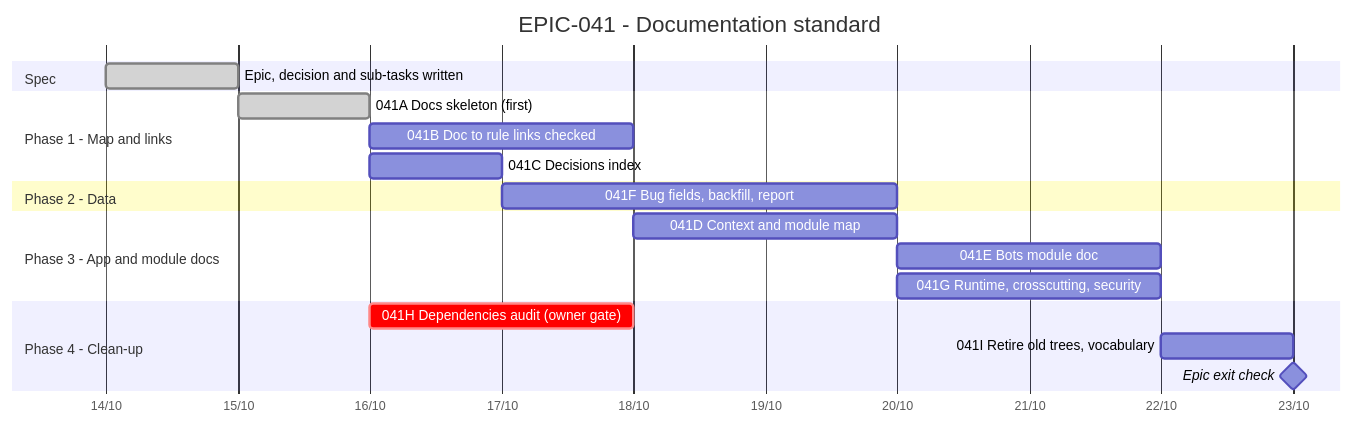
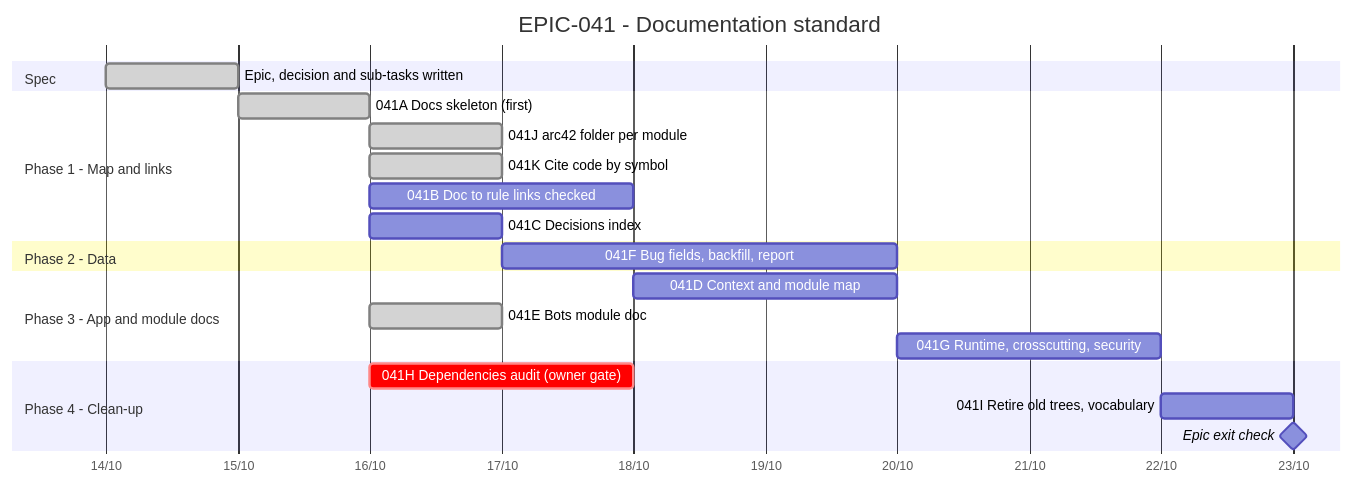
Before and after one commit to anhembedded/Sagittarius_Elite_Warrior: the diagram in Tasks/epics/EPIC-041_documentation_standard/TRACKING.md, drawn with Mermaid. The commit also changed other lines of this file and 35 other files, not shown here.

First line of the commit message:
feat(epic-041): the bots design is one arc42 folder, its tables generated from the code (EPIC-041E) (#543)

````diff
--- a/Tasks/epics/EPIC-041_documentation_standard/TRACKING.md
+++ b/Tasks/epics/EPIC-041_documentation_standard/TRACKING.md
@@ -14,27 +14,29 @@
 ```mermaid
 gantt
     title EPIC-041 - Documentation standard
     dateFormat  YYYY-MM-DD
     axisFormat  %d/%m
 
     section Spec
     Epic, decision and sub-tasks written  :done,    s1, 2026-10-14, 1d
 
     section Phase 1 - Map and links
     041A Docs skeleton (first)           :done,    a, after s1, 1d
+    041J arc42 folder per module         :done,    j, 2026-10-16, 1d
+    041K Cite code by symbol             :done,    k, 2026-10-16, 1d
     041B Doc to rule links checked        :         b, after a, 2d
     041C Decisions index                  :         c, after a, 1d
 
     section Phase 2 - Data
     041F Bug fields, backfill, report     :         f, after c, 3d
 
     section Phase 3 - App and module docs
     041D Context and module map           :         d, after b, 2d
-    041E Bots module doc                  :         e, after d, 2d
+    041E Bots module doc                  :done,    e, 2026-10-16, 1d
     041G Runtime, crosscutting, security  :         g, after d, 2d
 
     section Phase 4 - Clean-up
     041H Dependencies audit (owner gate)  :crit,    h, after a, 2d
     041I Retire old trees, vocabulary     :         i, after e g, 1d
     Epic exit check                       :milestone, m, after i, 0d
 ```
````
